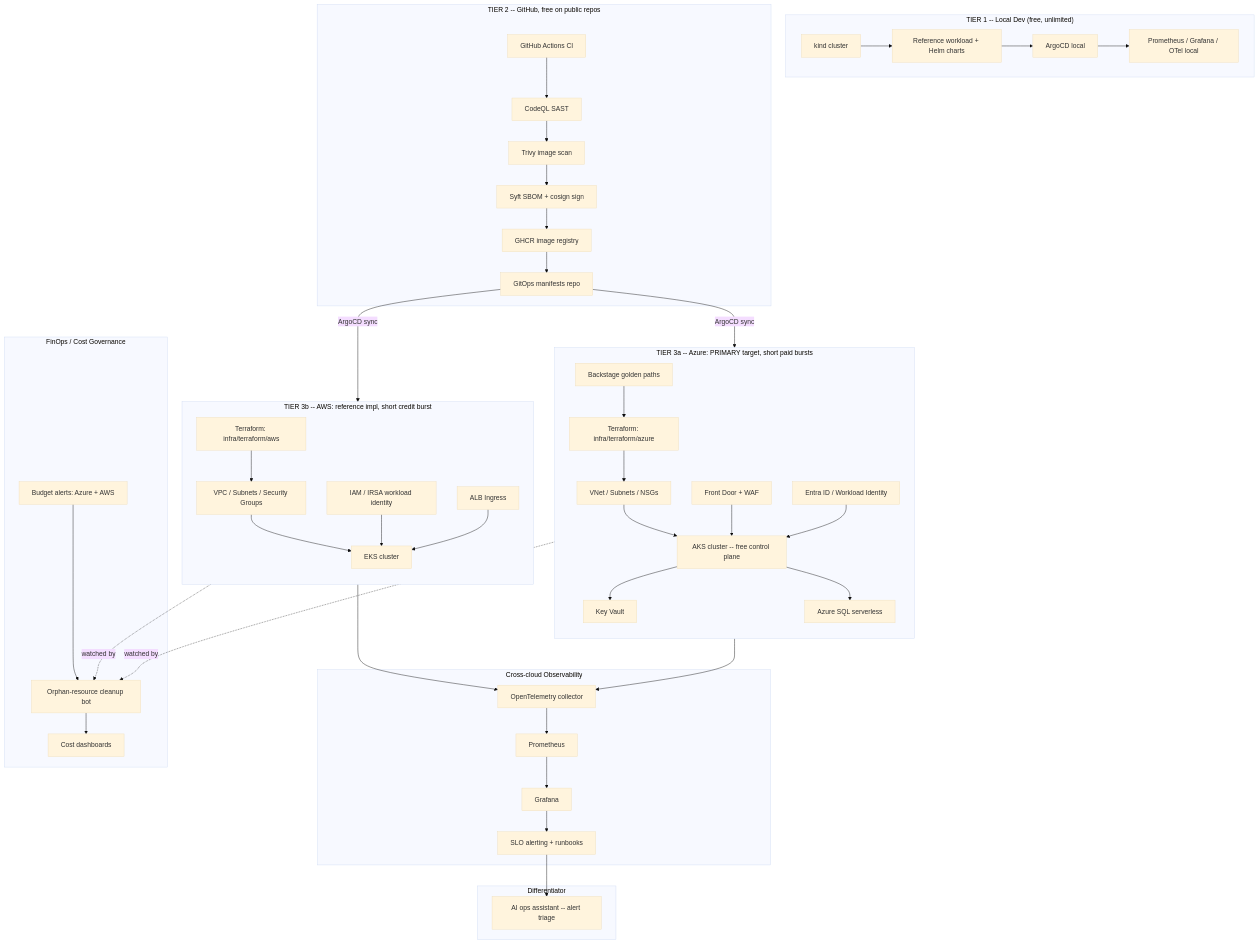
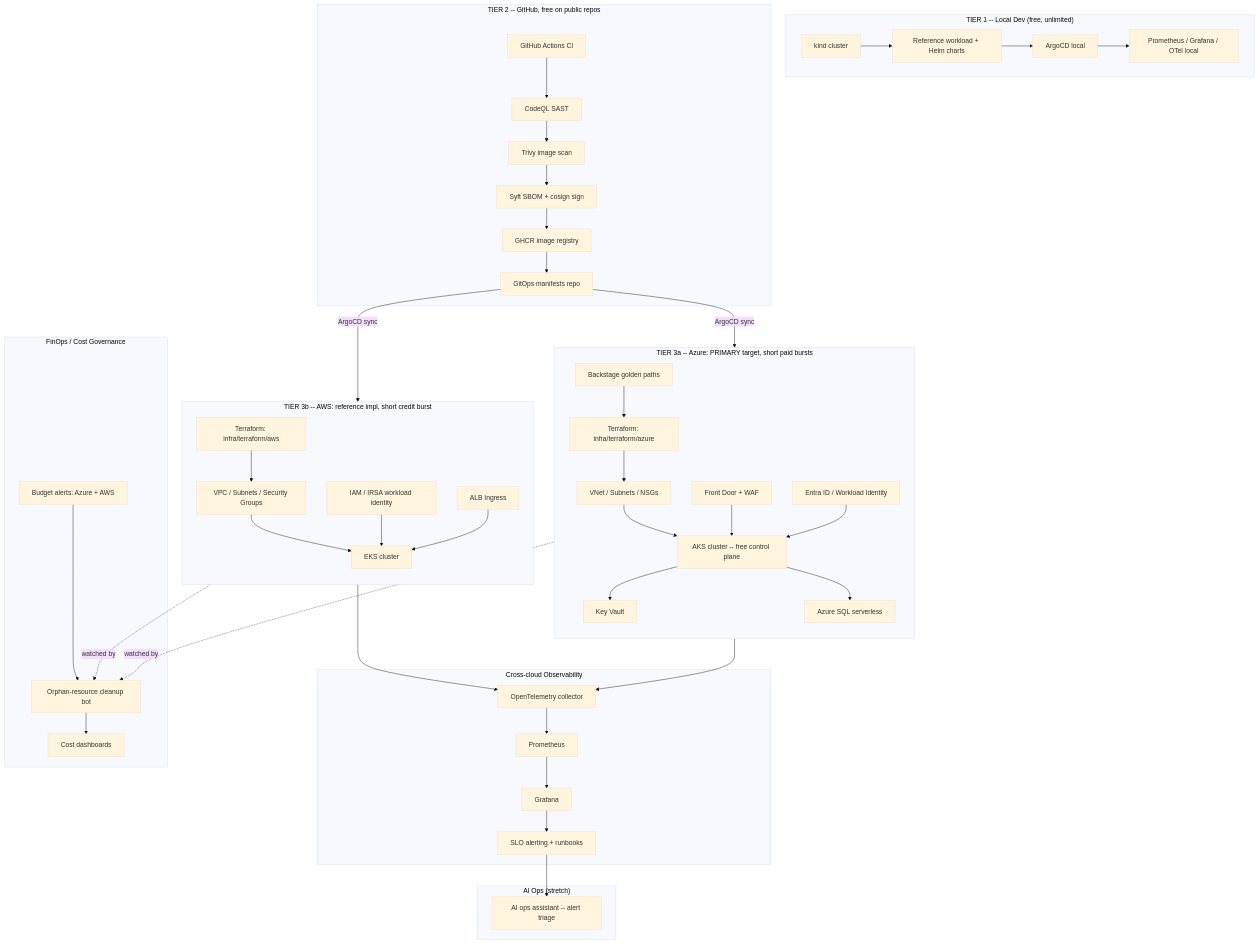
One commit to chethankumblekar/Secure-HighAvailableSystemOnAzure changed the diagram in docs/architecture.md. Above: the diagram before and after it, drawn with Mermaid (base theme). The commit also changed other lines of this file and 14 other files, not shown here.

````diff
--- a/docs/architecture.md
+++ b/docs/architecture.md
@@ -15,77 +16,77 @@
 ```mermaid
 flowchart TB
     subgraph Dev["TIER 1 -- Local Dev (free, unlimited)"]
         KindK3d["kind cluster"]
         LocalWork["Reference workload + Helm charts"]
         LocalArgo["ArgoCD local"]
         LocalObs["Prometheus / Grafana / OTel local"]
         KindK3d --> LocalWork --> LocalArgo --> LocalObs
     end
 
     subgraph GH["TIER 2 -- GitHub, free on public repos"]
         GHA["GitHub Actions CI"]
         SAST["CodeQL SAST"]
         Scan["Trivy image scan"]
         SBOM["Syft SBOM + cosign sign"]
         GHCR["GHCR image registry"]
         GitOpsRepo["GitOps manifests repo"]
         GHA --> SAST --> Scan --> SBOM --> GHCR --> GitOpsRepo
     end
 
     subgraph Azure["TIER 3a -- Azure: PRIMARY target, short paid bursts"]
         direction TB
         TFAzure["Terraform: infra/terraform/azure"]
         VNet["VNet / Subnets / NSGs"]
         AKS["AKS cluster -- free control plane"]
         KV["Key Vault"]
         SQL["Azure SQL serverless"]
         FD["Front Door + WAF"]
         Entra["Entra ID / Workload Identity"]
         Backstage["Backstage golden paths"]
         TFAzure --> VNet --> AKS
         AKS --> KV
         AKS --> SQL
         FD --> AKS
         Entra --> AKS
         Backstage --> TFAzure
     end
 
     subgraph AWS["TIER 3b -- AWS: reference impl, short credit burst"]
         direction TB
         TFAws["Terraform: infra/terraform/aws"]
         VPC["VPC / Subnets / Security Groups"]
         EKS["EKS cluster"]
         IAM["IAM / IRSA workload identity"]
         ALB["ALB Ingress"]
         TFAws --> VPC --> EKS
         IAM --> EKS
         ALB --> EKS
     end
 
     GitOpsRepo -->|ArgoCD sync| AKS
     GitOpsRepo -->|ArgoCD sync| EKS
 
     subgraph Obs["Cross-cloud Observability"]
         Prom["Prometheus"]
         Graf["Grafana"]
         OTel["OpenTelemetry collector"]
         SLO["SLO alerting + runbooks"]
         OTel --> Prom --> Graf --> SLO
     end
     AKS --> OTel
     EKS --> OTel
 
     subgraph FinOps["FinOps / Cost Governance"]
         OrphanBot["Orphan-resource cleanup bot"]
         CostDash["Cost dashboards"]
         BudgetAlert["Budget alerts: Azure + AWS"]
         BudgetAlert --> OrphanBot --> CostDash
     end
     AKS -.watched by.-> OrphanBot
     EKS -.watched by.-> OrphanBot
 
-    subgraph AI["Differentiator"]
+    subgraph AI["AI Ops (stretch)"]
         AIOps["AI ops assistant -- alert triage"]
     end
     SLO --> AIOps
 ```
````
